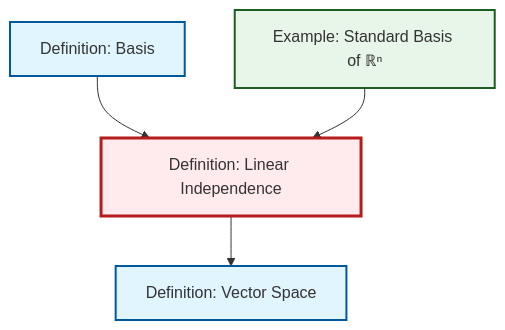
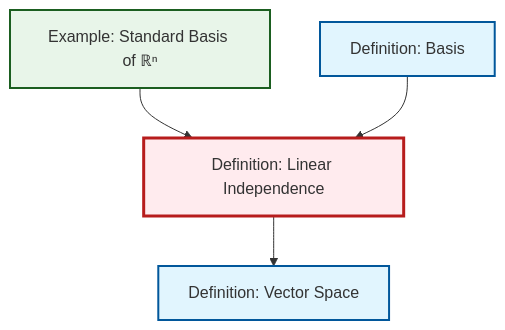
One commit to RK0429/ModernMath changed the diagram in content/en/algebra/def-linear-independence.qmd. Above: the diagram before and after it, drawn with Mermaid. The commit also changed other lines of this file and 474 other files, not shown here.

````diff
--- a/content/en/algebra/def-linear-independence.qmd
+++ b/content/en/algebra/def-linear-independence.qmd
@@ -45,20 +45,20 @@
 ```{mermaid}
 %%| fig-cap: "Local dependency graph"
 graph TD
     classDef definition fill:#e1f5fe,stroke:#01579b,stroke-width:2px
     classDef theorem fill:#f3e5f5,stroke:#4a148c,stroke-width:2px
     classDef axiom fill:#fff3e0,stroke:#e65100,stroke-width:2px
     classDef example fill:#e8f5e9,stroke:#1b5e20,stroke-width:2px
     classDef current fill:#ffebee,stroke:#b71c1c,stroke-width:3px
     def-linear-independence["Definition: Linear Independence"]:::definition
     def-basis["Definition: Basis"]:::definition
+    ex-standard-basis-rn["Example: Standard Basis of ℝⁿ"]:::example
     def-vector-space["Definition: Vector Space"]:::definition
-    ex-standard-basis-rn["Example: Standard Basis of ℝⁿ"]:::example
+    def-linear-independence --> def-vector-space
+    ex-standard-basis-rn --> def-linear-independence
     def-basis --> def-linear-independence
-    ex-standard-basis-rn --> def-linear-independence
-    def-linear-independence --> def-vector-space
     class def-linear-independence current
     click def-basis "def-basis.html" "Go to Basis definition"
+    click ex-standard-basis-rn "ex-standard-basis-rn.html" "Go to Standard Basis of ℝⁿ example"
     click def-vector-space "def-vector-space.html" "Go to Vector Space definition"
-    click ex-standard-basis-rn "ex-standard-basis-rn.html" "Go to Standard Basis of ℝⁿ example"
 ```
````
